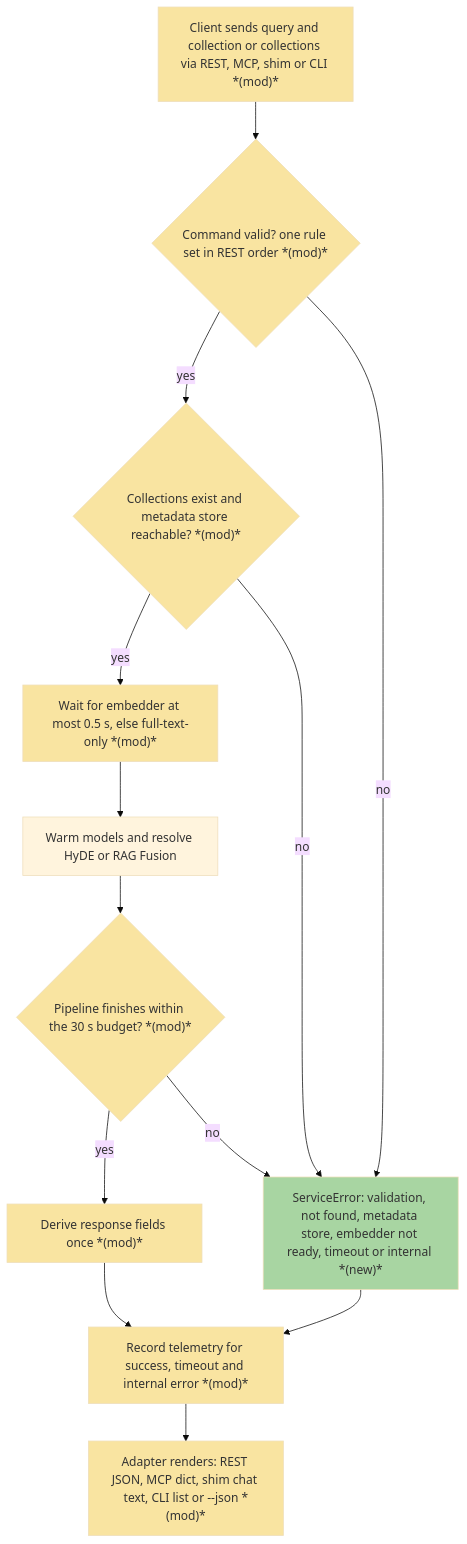
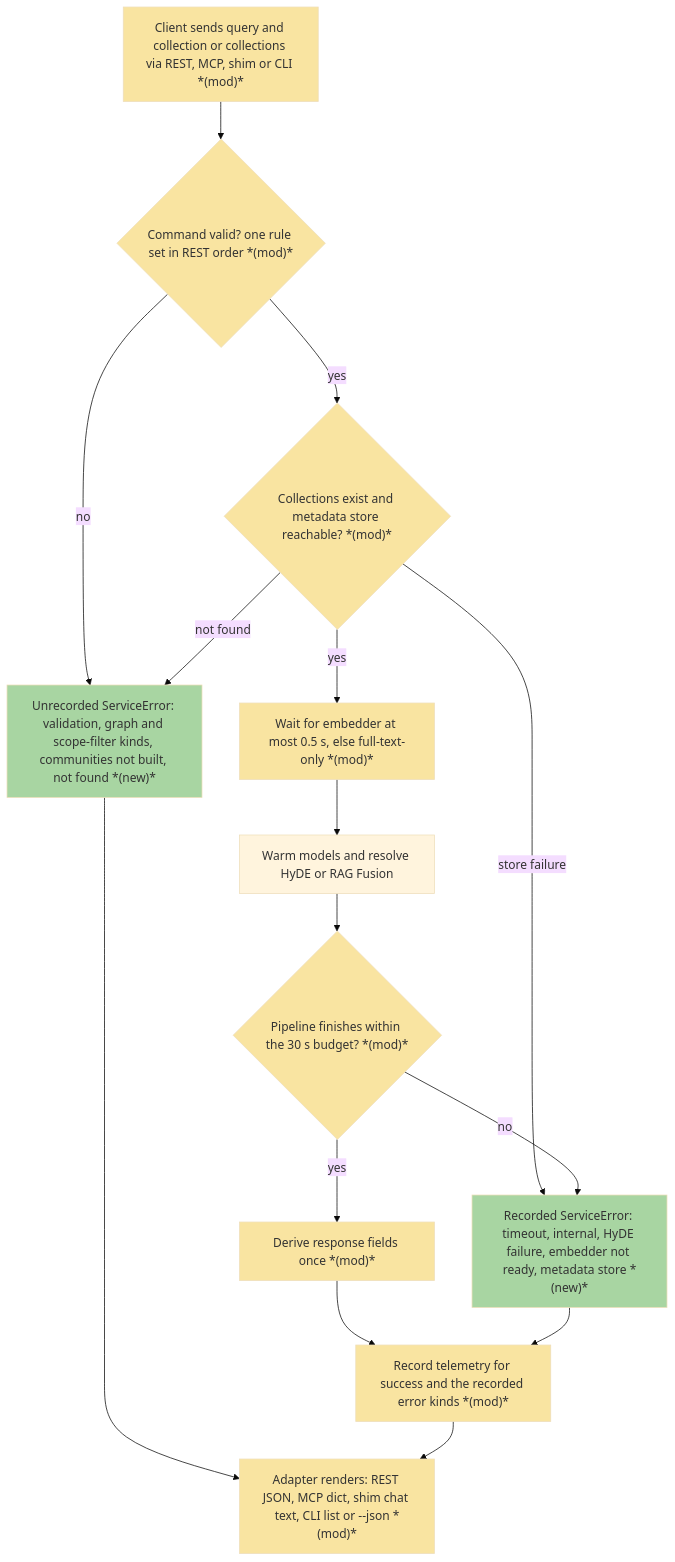
Before and after one commit to user538295/archon-search: the third of 5 diagrams in Documentation/Backlog/interface-parity/01_search-team-plan.md, drawn with Mermaid (base theme). The commit also changed other lines of this file and 13 other files, not shown here.

````diff
--- a/Documentation/Backlog/interface-parity/01_search-team-plan.md
+++ b/Documentation/Backlog/interface-parity/01_search-team-plan.md
@@ -278,40 +292,44 @@
 ```mermaid
 flowchart TD
   classDef newNode fill:#a8d5a2;
   classDef modNode fill:#f9e4a1;
   classDef rmNode fill:#f4a4a4;
 
   A["Client sends query and collection or collections via REST, MCP, shim or CLI *(mod)*"]
   B{"Command valid? one rule set in REST order *(mod)*"}
   C{"Collections exist and metadata store reachable? *(mod)*"}
   D["Wait for embedder at most 0.5 s, else full-text-only *(mod)*"]
   E["Warm models and resolve HyDE or RAG Fusion"]
   F{"Pipeline finishes within the 30 s budget? *(mod)*"}
   G["Derive response fields once *(mod)*"]
-  H["ServiceError: validation, not found, metadata store, embedder not ready, timeout or internal *(new)*"]
-  I["Record telemetry for success, timeout and internal error *(mod)*"]
+  H["Recorded ServiceError: timeout, internal, HyDE failure, embedder not ready, metadata store *(new)*"]
+  H2["Unrecorded ServiceError: validation, graph and scope-filter kinds, communities not built, not found *(new)*"]
+  I["Record telemetry for success and the recorded error kinds *(mod)*"]
   J["Adapter renders: REST JSON, MCP dict, shim chat text, CLI list or --json *(mod)*"]
 
   A --> B
   B -- yes --> C
-  B -- no --> H
+  B -- no --> H2
   C -- yes --> D
-  C -- no --> H
+  C -- not found --> H2
+  C -- store failure --> H
   D --> E
   E --> F
   F -- yes --> G
   F -- no --> H
   G --> I
   H --> I
+  H2 --> J
   I --> J
 
   class A modNode;
   class B modNode;
   class C modNode;
   class D modNode;
   class F modNode;
   class G modNode;
   class H newNode;
+  class H2 newNode;
   class I modNode;
   class J modNode;
 ```
````
